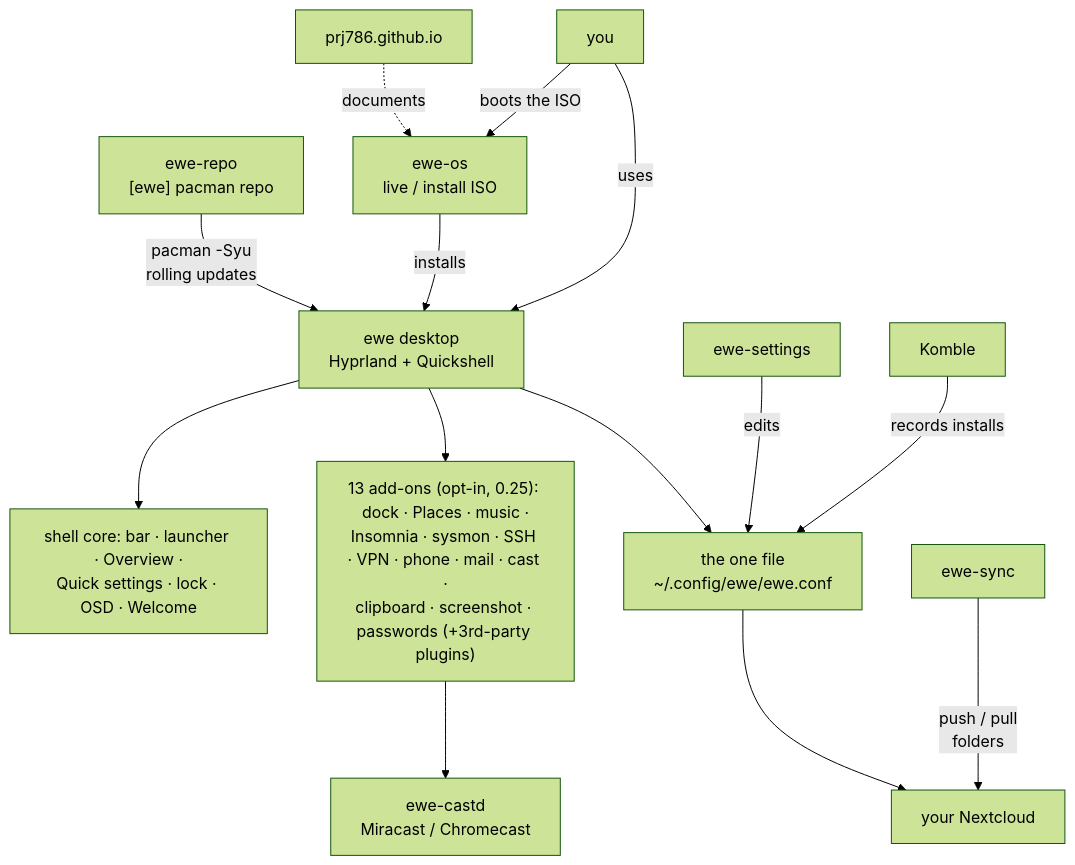
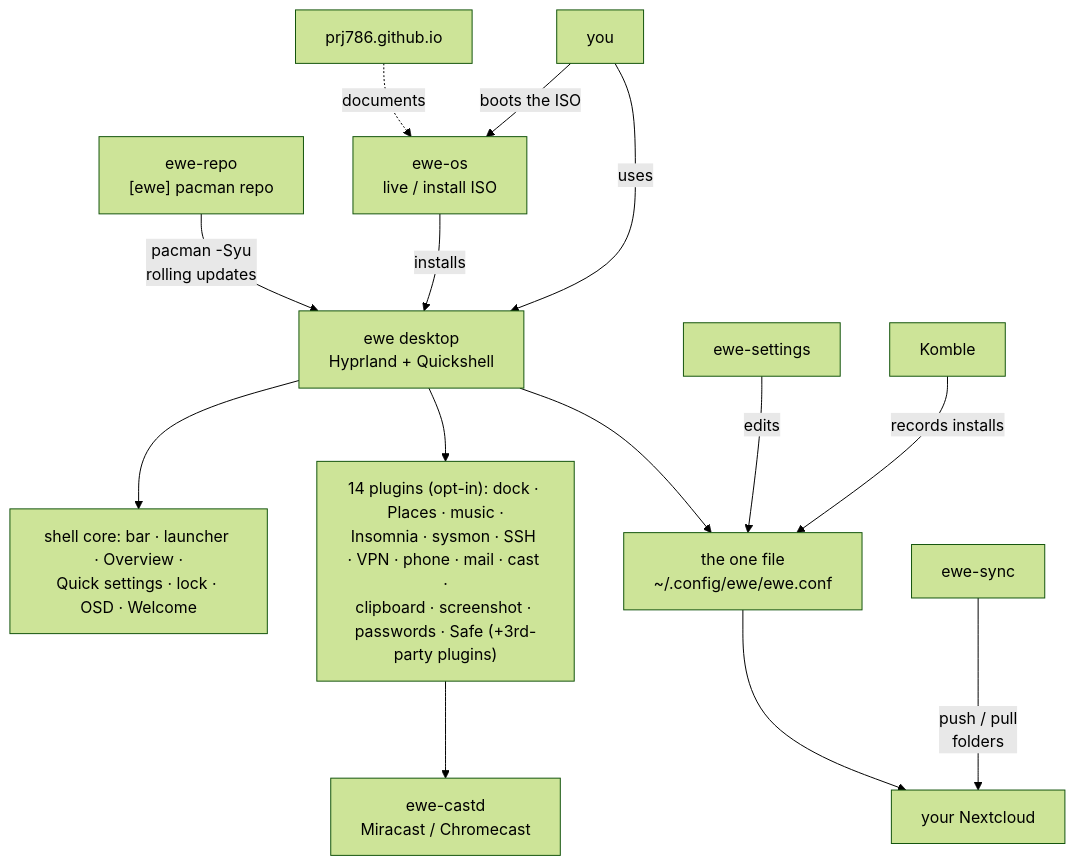
Before and after one commit to prj786/ewe-map: the diagram in Home.md, drawn with Mermaid (forest theme). The commit also changed other lines of this file and 18 other files, not shown here.

````diff
--- a/Home.md
+++ b/Home.md
@@ -25,19 +25,19 @@
 ```mermaid
 flowchart TB
     YOU["you"] -->|boots the ISO| ISO["ewe-os<br/>live / install ISO"]
     YOU -->|uses| DE["ewe desktop<br/>Hyprland + Quickshell"]
     ISO -->|installs| DE
     REPO["ewe-repo<br/>[ewe] pacman repo"] -->|"pacman -Syu<br/>rolling updates"| DE
 
     DE --> SHELL["shell core: bar · launcher · Overview ·<br/>Quick settings · lock · OSD · Welcome"]
-    DE --> PLUGINS["13 add-ons (opt-in, 0.25): dock · Places · music ·<br/>Insomnia · sysmon · SSH · VPN · phone · mail · cast ·<br/>clipboard · screenshot · passwords (+3rd-party plugins)"]
+    DE --> PLUGINS["14 plugins (opt-in): dock · Places · music ·<br/>Insomnia · sysmon · SSH · VPN · phone · mail · cast ·<br/>clipboard · screenshot · passwords · Safe (+3rd-party plugins)"]
     PLUGINS --> CAST["ewe-castd<br/>Miracast / Chromecast"]
 
     KOMBLE["Komble"] -->|records installs| ONEFILE["the one file<br/>~/.config/ewe/ewe.conf"]
     SETTINGS["ewe-settings"] -->|edits| ONEFILE
     SYNC["ewe-sync"] -->|"push / pull<br/>folders"| NEXT["your Nextcloud"]
     ONEFILE --> NEXT
     DE --> ONEFILE
 
     WEB["prj786.github.io"] -.->|documents| ISO
 ```
````
